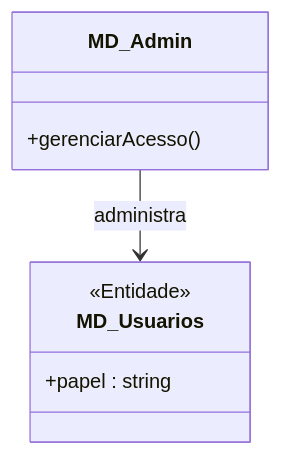
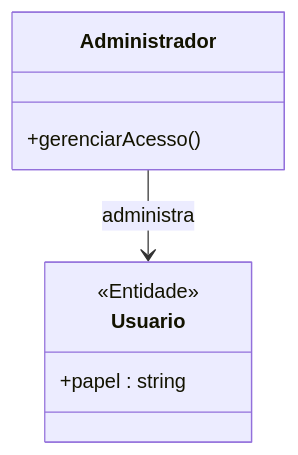
One commit to MayconDIS/PIM_III-Documentacao_UML changed the first of 2 diagrams in PIM_III/02_Modelagem_UML_Astah/UC04_Gerenciar_Perfis_Acessos/README.md. Above: the diagram before and after it, drawn with Mermaid. The commit also changed other lines of this file and 86 other files, not shown here.

Commit message:
docs(uml): add comprehensive UML diagrams and tutorials for all 15 use cases

````diff
--- a/PIM_III/02_Modelagem_UML_Astah/UC04_Gerenciar_Perfis_Acessos/README.md
+++ b/PIM_III/02_Modelagem_UML_Astah/UC04_Gerenciar_Perfis_Acessos/README.md
@@ -41,11 +41,11 @@
 ```mermaid
 classDiagram
-    class MD_Admin {
+    class Administrador {
         +gerenciarAcesso()
     }
-    class MD_Usuarios {
+    class Usuario {
         <<Entidade>>
         +papel : string
     }
-    MD_Admin --> MD_Usuarios : administra
+    Administrador --> Usuario : administra
 ```
````
